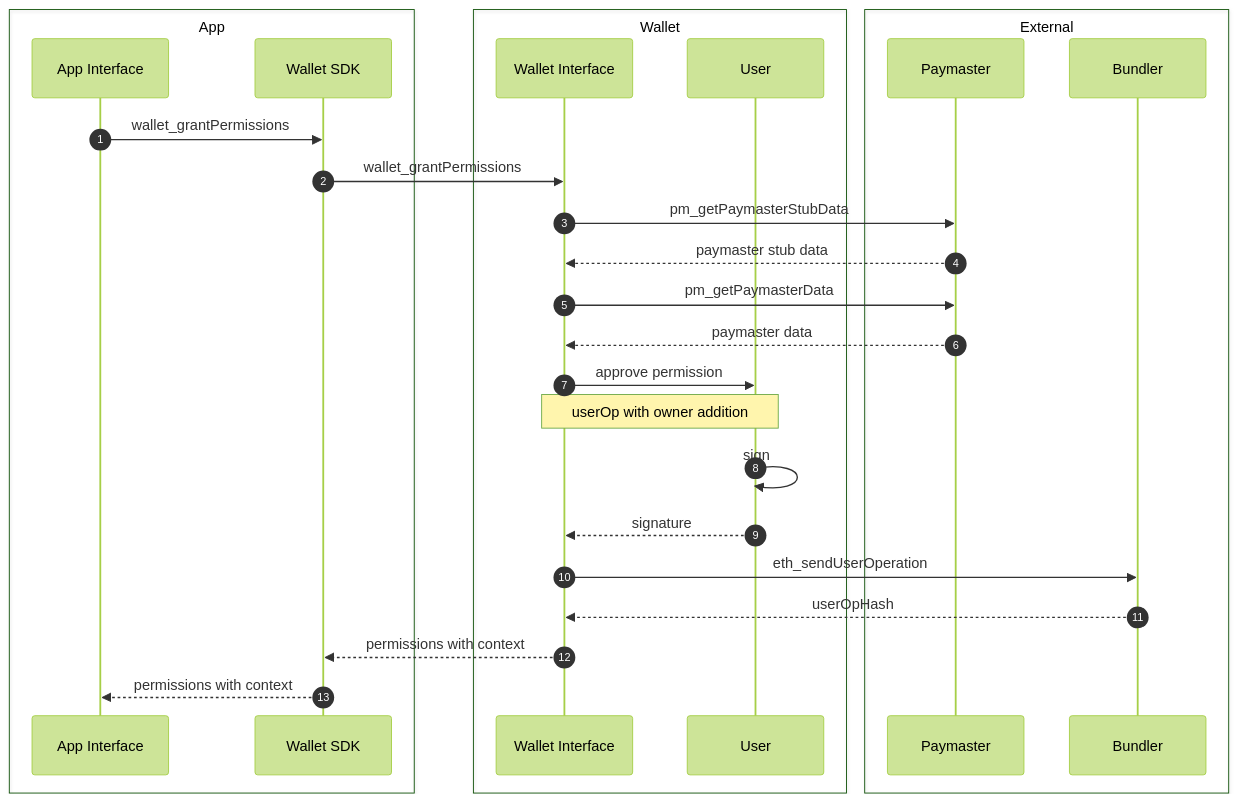
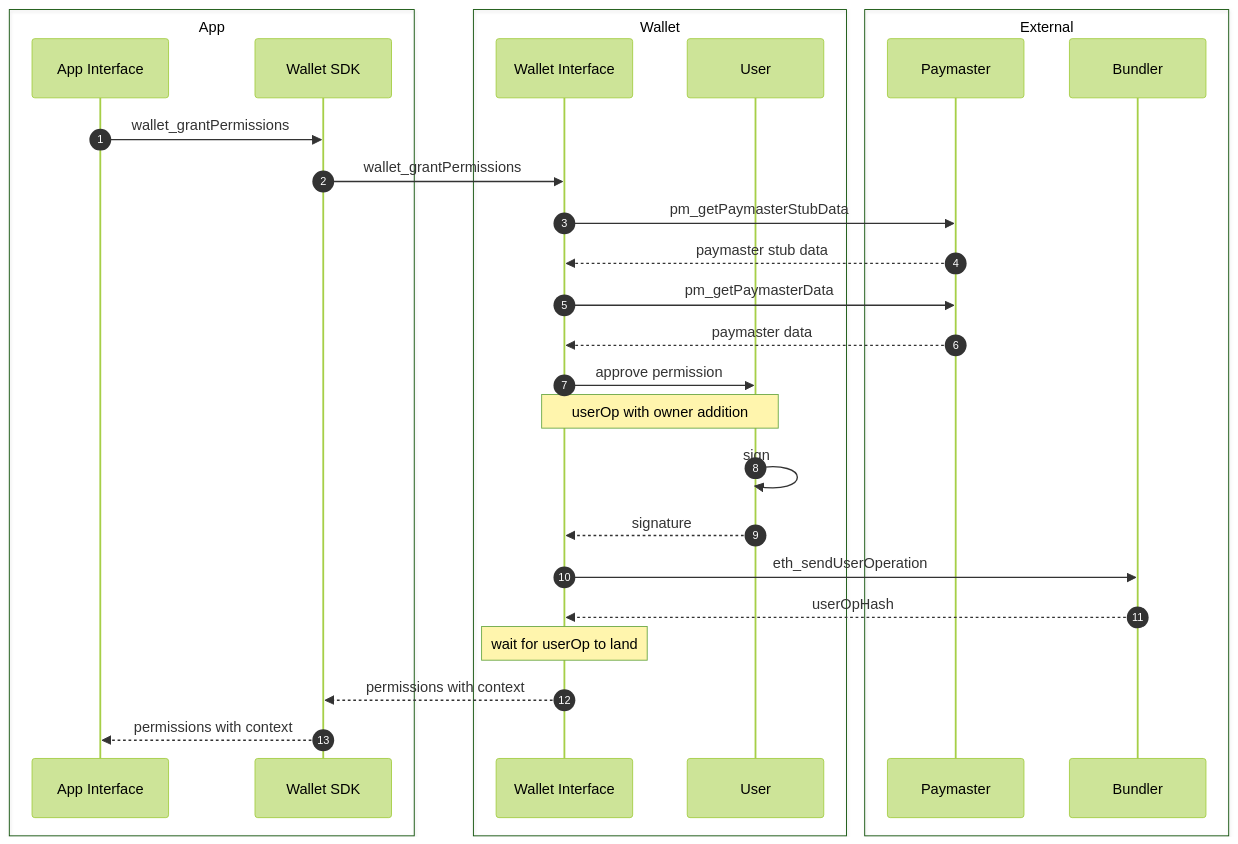
Before and after one commit to coinbase/smart-wallet-permissions: the diagram in docs/diagrams/offchain/firstTimeApproval.md, drawn with Mermaid (forest theme). The commit also changed other lines of this file and 1 other file, not shown here.

First line of the commit message:
Update first-time approval flows diagrams (#49)

````diff
--- a/docs/diagrams/offchain/firstTimeApproval.md
+++ b/docs/diagrams/offchain/firstTimeApproval.md
@@ -9,31 +11,32 @@
 ```mermaid
 sequenceDiagram
     autonumber
     box transparent App
         participant A as App Interface
         participant SDK as Wallet SDK
     end
     box transparent Wallet
         participant W as Wallet Interface
         participant U as User
     end
     box transparent External
         participant P as Paymaster
         participant B as Bundler
     end
 
     A->>SDK: wallet_grantPermissions
     SDK->>W: wallet_grantPermissions
     W->>P: pm_getPaymasterStubData
     P-->>W: paymaster stub data
     W->>P: pm_getPaymasterData
     P-->>W: paymaster data
     W->>U: approve permission
     Note over W,U: userOp with owner addition
     U->>U: sign
     U-->>W: signature
     W->>B: eth_sendUserOperation
     B-->>W: userOpHash
+    Note over W: wait for userOp to land
     W-->>SDK: permissions with context
     SDK-->>A: permissions with context
 ```
````
